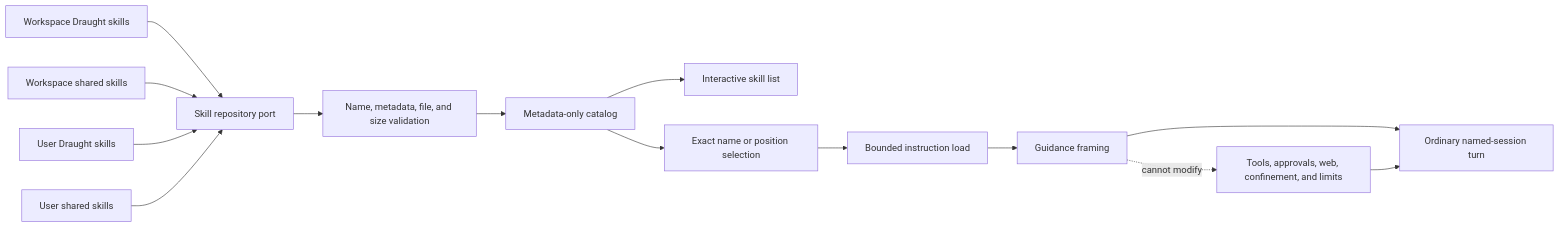
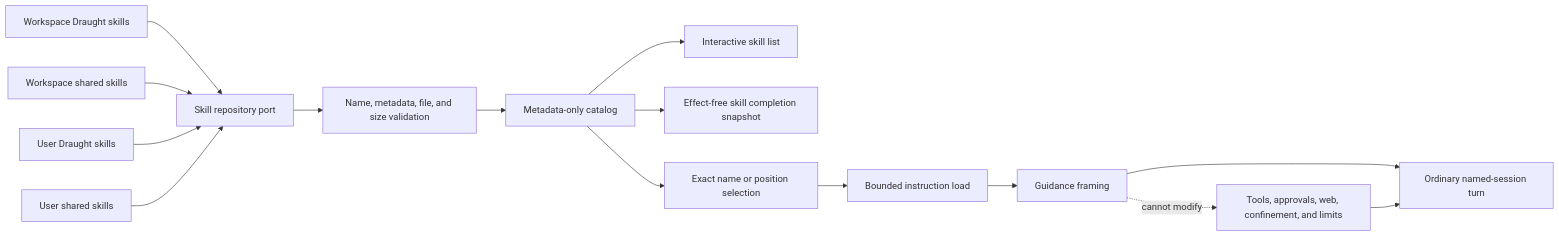
The sixth of 12 diagrams in docs/architecture.md (ccarvalho-eng/draught), drawn with Mermaid before and after one commit. The commit also changed other lines of this file and 25 other files, not shown here.

````diff
--- a/docs/architecture.md
+++ b/docs/architecture.md
@@ -283,18 +286,19 @@
 ```mermaid
 flowchart LR
   WorkspaceDraught[Workspace Draught skills] --> Repository[Skill repository port]
   WorkspaceAgents[Workspace shared skills] --> Repository
   UserDraught[User Draught skills] --> Repository
   UserAgents[User shared skills] --> Repository
 
   Repository --> Validation[Name, metadata, file, and size validation]
   Validation --> Catalog[Metadata-only catalog]
   Catalog --> List[Interactive skill list]
+  Catalog --> Completion[Effect-free skill completion snapshot]
   Catalog --> Selection[Exact name or position selection]
   Selection --> Body[Bounded instruction load]
   Body --> Frame[Guidance framing]
   Frame --> Turn[Ordinary named-session turn]
 
   Authority[Tools, approvals, web, confinement, and limits] --> Turn
   Frame -. cannot modify .-> Authority
 ```
````
